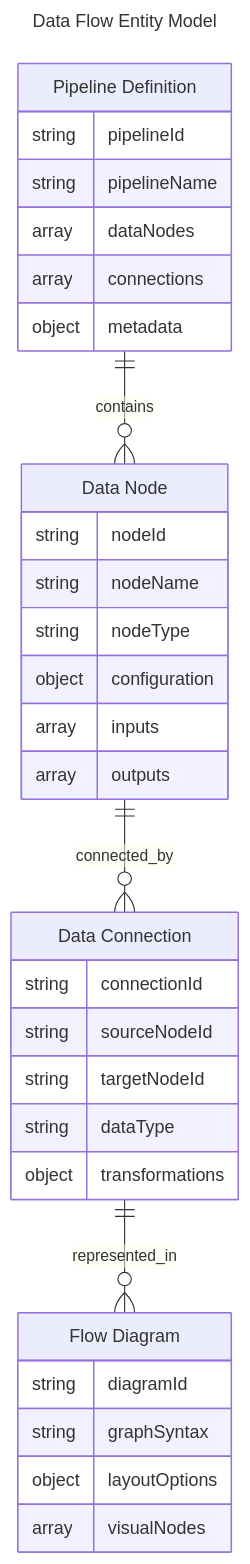
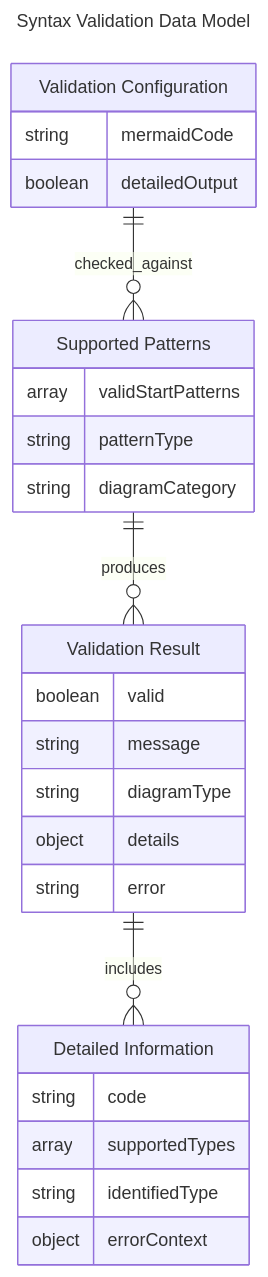
Before and after one commit to RustedVikingOG/n8n-nodes-mermaid: the ninth of 18 diagrams in docs/designs/use_cases.md, drawn with Mermaid. The commit also changed other lines of this file and 5 other files, not shown here.

Commit message:
docs: complete architecture and use cases documentation sync per documenter-prompt requirements

````diff
--- a/docs/designs/use_cases.md
+++ b/docs/designs/use_cases.md
@@ -247,41 +272,35 @@
 ```mermaid
 ---
-title: Data Flow Entity Model
+title: Syntax Validation Data Model
 ---
 erDiagram
-    "Pipeline Definition" {
-        string pipelineId
-        string pipelineName
-        array dataNodes
-        array connections
-        object metadata
+    "Validation Configuration" {
+        string mermaidCode
+        boolean detailedOutput
     }
     
-    "Data Node" {
-        string nodeId
-        string nodeName
-        string nodeType
-        object configuration
-        array inputs
-        array outputs
+    "Supported Patterns" {
+        array validStartPatterns
+        string patternType
+        string diagramCategory
     }
     
-    "Data Connection" {
-        string connectionId
-        string sourceNodeId
-        string targetNodeId
-        string dataType
-        object transformations
+    "Validation Result" {
+        boolean valid
+        string message
+        string diagramType
+        object details
+        string error
     }
     
-    "Flow Diagram" {
-        string diagramId
-        string graphSyntax
-        object layoutOptions
-        array visualNodes
+    "Detailed Information" {
+        string code
+        array supportedTypes
+        string identifiedType
+        object errorContext
     }
     
-    "Pipeline Definition" ||--o{ "Data Node" : contains
-    "Data Node" ||--o{ "Data Connection" : connected_by
-    "Data Connection" ||--o{ "Flow Diagram" : represented_in
+    "Validation Configuration" ||--o{ "Supported Patterns" : checked_against
+    "Supported Patterns" ||--o{ "Validation Result" : produces
+    "Validation Result" ||--o{ "Detailed Information" : includes
 ```
````
